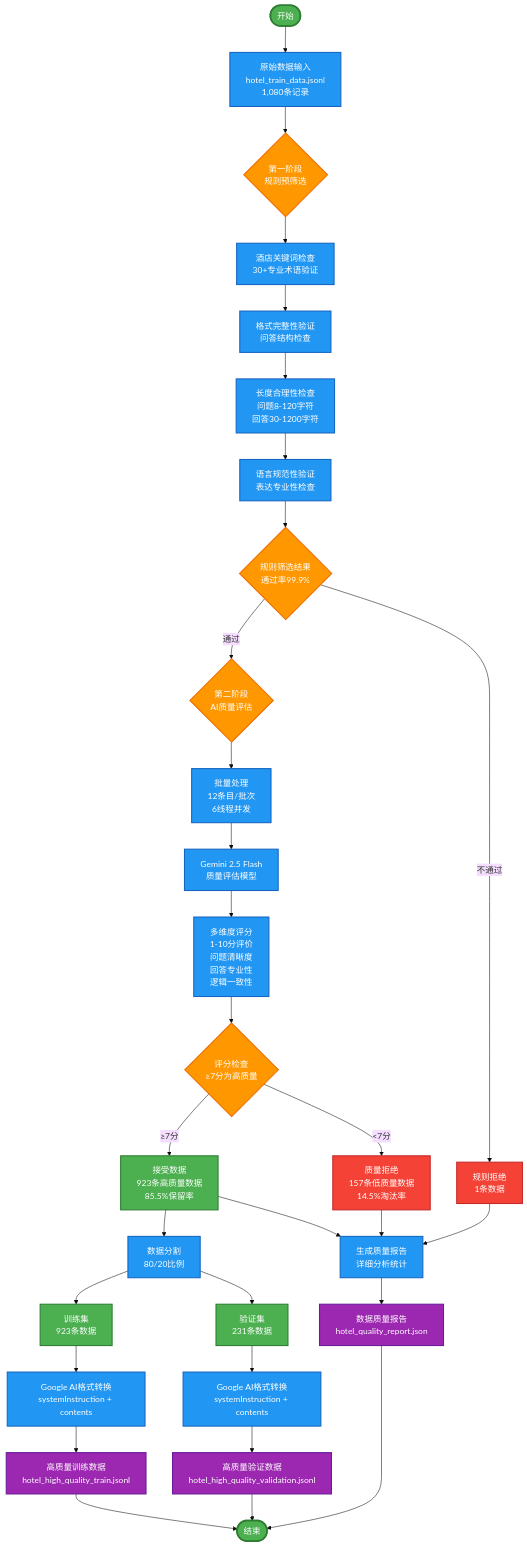
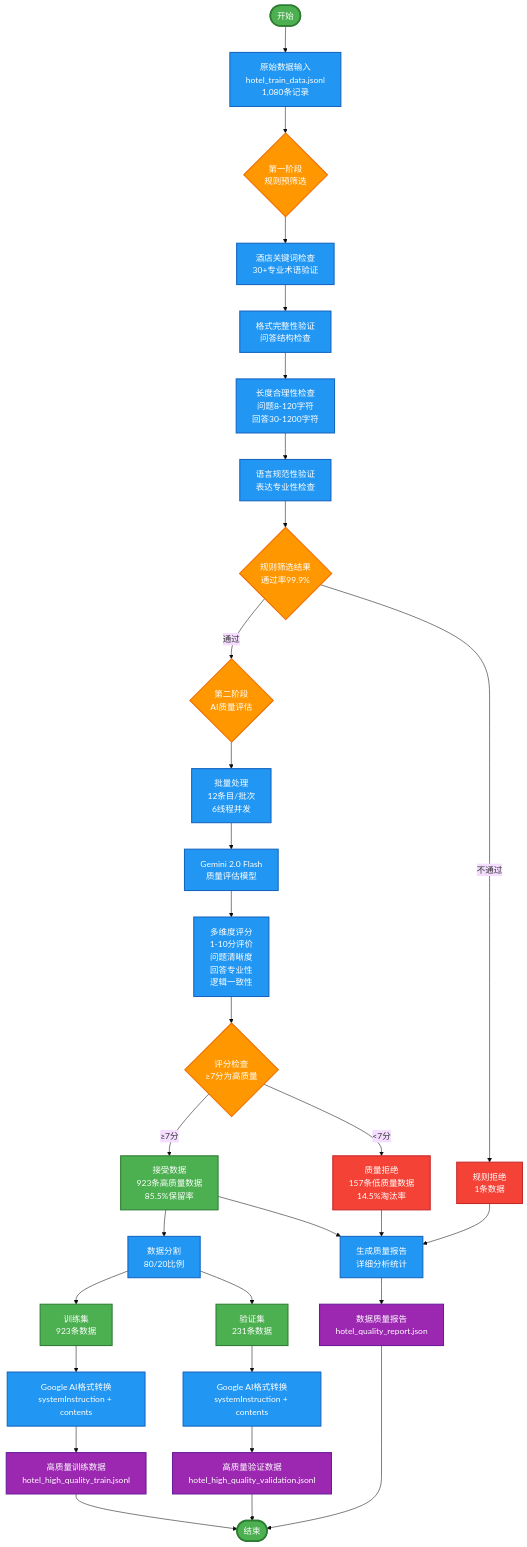
One commit to ChuanYang-AI/Demo3 changed the second of 5 diagrams in certification_materials/docs/system_architecture_diagrams.md. Above: the diagram before and after it, drawn with Mermaid (base theme). The commit also changed other lines of this file and 7 other files, not shown here.

````diff
--- a/certification_materials/docs/system_architecture_diagrams.md
+++ b/certification_materials/docs/system_architecture_diagrams.md
@@ -104,65 +104,65 @@
 ```mermaid
 flowchart TD
     %% 数据输入
     Start([开始]) --> Input[原始数据输入<br/>hotel_train_data.jsonl<br/>1,080条记录]
     
     %% 第一阶段筛选
     Input --> Stage1{第一阶段<br/>规则预筛选}
     Stage1 --> Rule1[酒店关键词检查<br/>30+专业术语验证]
     Rule1 --> Rule2[格式完整性验证<br/>问答结构检查]
     Rule2 --> Rule3[长度合理性检查<br/>问题8-120字符<br/>回答30-1200字符]
     Rule3 --> Rule4[语言规范性验证<br/>表达专业性检查]
     
     %% 规则筛选结果
     Rule4 --> RuleResult{规则筛选结果<br/>通过率99.9%}
     RuleResult -->|通过| Stage2{第二阶段<br/>AI质量评估}
     RuleResult -->|不通过| Reject1[规则拒绝<br/>1条数据]
     
     %% AI质量评估
     Stage2 --> AIBatch[批量处理<br/>12条目/批次<br/>6线程并发]
-    AIBatch --> AIModel[Gemini 2.5 Flash<br/>质量评估模型]
+    AIBatch --> AIModel[Gemini 2.0 Flash<br/>质量评估模型]
     AIModel --> AIScore[多维度评分<br/>1-10分评价<br/>问题清晰度<br/>回答专业性<br/>逻辑一致性]
     
     %% AI评估结果
     AIScore --> ScoreCheck{评分检查<br/>≥7分为高质量}
     ScoreCheck -->|≥7分| Accept[接受数据<br/>923条高质量数据<br/>85.5%保留率]
     ScoreCheck -->|<7分| Reject2[质量拒绝<br/>157条低质量数据<br/>14.5%淘汰率]
     
     %% 数据分割
     Accept --> Split[数据分割<br/>80/20比例]
     Split --> TrainSet[训练集<br/>923条数据]
     Split --> ValidSet[验证集<br/>231条数据]
     
     %% 格式转换
     TrainSet --> Format1[Google AI格式转换<br/>systemInstruction + contents]
     ValidSet --> Format2[Google AI格式转换<br/>systemInstruction + contents]
     
     %% 质量报告
     Accept --> Report[生成质量报告<br/>详细分析统计]
     Reject1 --> Report
     Reject2 --> Report
     
     %% 输出
     Format1 --> Output1[高质量训练数据<br/>hotel_high_quality_train.jsonl]
     Format2 --> Output2[高质量验证数据<br/>hotel_high_quality_validation.jsonl]
     Report --> Output3[数据质量报告<br/>hotel_quality_report.json]
     
     Output1 --> End([结束])
     Output2 --> End
     Output3 --> End
     
     %% 样式定义
     classDef startEnd fill:#4caf50,stroke:#2e7d32,stroke-width:3px,color:#fff
     classDef process fill:#2196f3,stroke:#1565c0,stroke-width:2px,color:#fff
     classDef decision fill:#ff9800,stroke:#ef6c00,stroke-width:2px,color:#fff
     classDef reject fill:#f44336,stroke:#c62828,stroke-width:2px,color:#fff
     classDef accept fill:#4caf50,stroke:#2e7d32,stroke-width:2px,color:#fff
     classDef output fill:#9c27b0,stroke:#6a1b9a,stroke-width:2px,color:#fff
     
     class Start,End startEnd
     class Input,Rule1,Rule2,Rule3,Rule4,AIBatch,AIModel,AIScore,Split,Format1,Format2,Report process
     class Stage1,Stage2,RuleResult,ScoreCheck decision
     class Reject1,Reject2 reject
     class Accept,TrainSet,ValidSet accept
     class Output1,Output2,Output3 output
 ```
````
